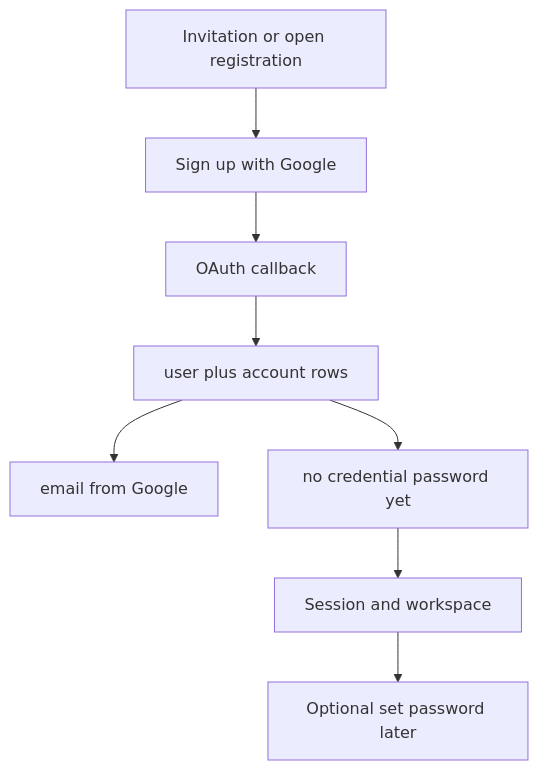
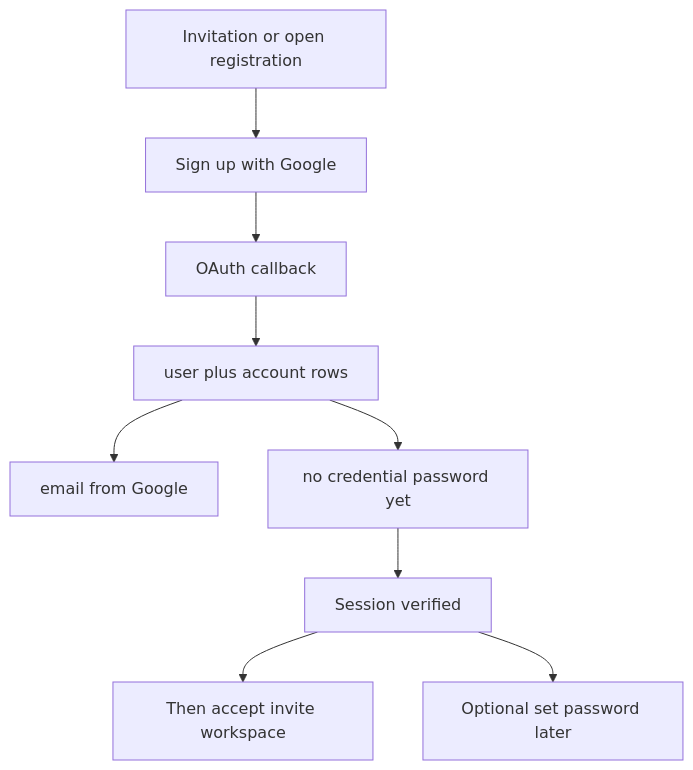
The diagram in docs/prsm/GOOGLE_FIRST_SIGNUP.md (R4wm/kaneo), drawn with Mermaid before and after one commit. The commit also changed other lines of this file, not shown here.

Commit message:
docs(prsm): tie workspace join to verification in product rules

````diff
--- a/docs/prsm/GOOGLE_FIRST_SIGNUP.md
+++ b/docs/prsm/GOOGLE_FIRST_SIGNUP.md
@@ -29,10 +29,11 @@
 ```mermaid
 flowchart TB
   Invite[Invitation or open registration] --> Google[Sign up with Google]
   Google --> Callback[OAuth callback]
   Callback --> User[user plus account rows]
   User --> EmailSaved[email from Google]
   User --> NoPwd[no credential password yet]
-  NoPwd --> Session[Session and workspace]
+  NoPwd --> Session[Session verified]
+  Session --> Accept[Then accept invite workspace]
   Session --> Optional[Optional set password later]
 ```
````
